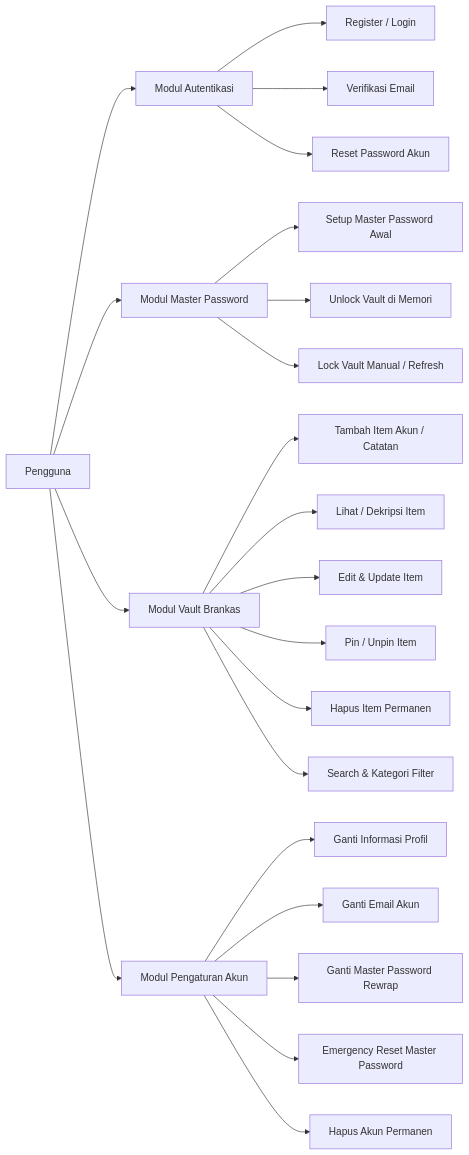
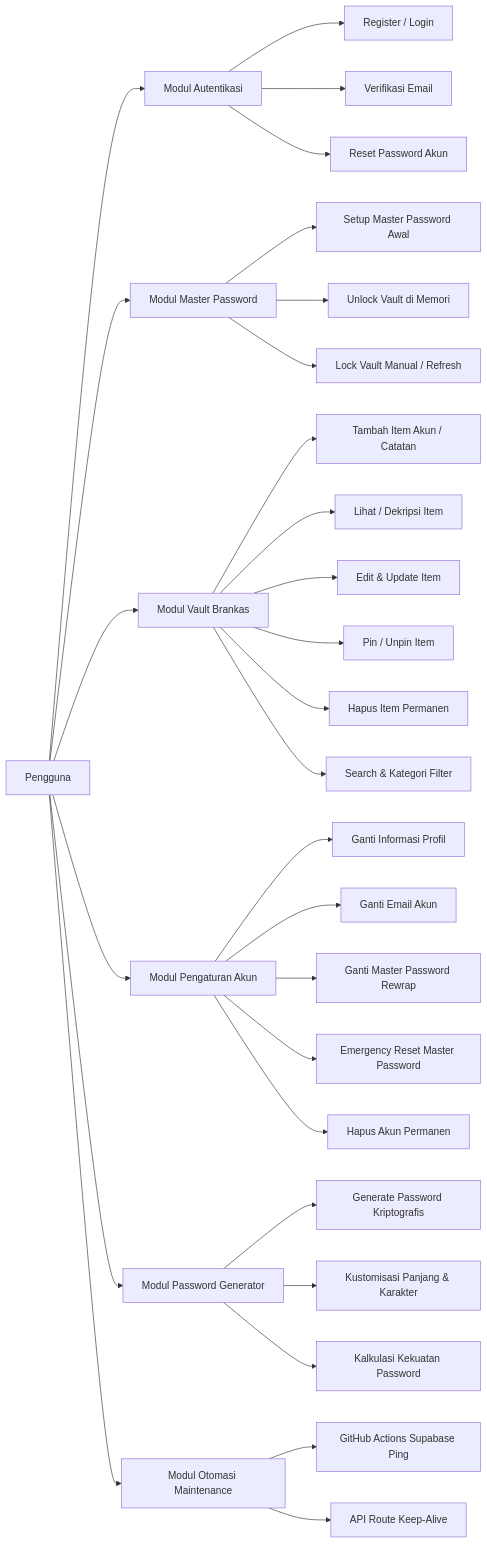
Before and after one commit to san64byte/centinela: the first of 4 diagrams in PRD.md, drawn with Mermaid. The commit also changed other lines of this file and 1 other file, not shown here.

Commit message:
feat: update PRD and README to reflect new features including password generator and keep-alive automation

````diff
--- a/PRD.md
+++ b/PRD.md
@@ -72,28 +72,37 @@
 ```mermaid
 graph LR
     A[Pengguna] --> B[Modul Autentikasi]
     A --> C[Modul Master Password]
     A --> D[Modul Vault Brankas]
     A --> E[Modul Pengaturan Akun]
+    A --> F[Modul Password Generator]
+    A --> G[Modul Otomasi Maintenance]
 
     B --> B1[Register / Login]
     B --> B2[Verifikasi Email]
     B --> B3[Reset Password Akun]
 
     C --> C1[Setup Master Password Awal]
     C --> C2[Unlock Vault di Memori]
     C --> C3[Lock Vault Manual / Refresh]
 
     D --> D1[Tambah Item Akun / Catatan]
     D --> D2[Lihat / Dekripsi Item]
     D --> D3[Edit & Update Item]
     D --> D4[Pin / Unpin Item]
     D --> D5[Hapus Item Permanen]
     D --> D6[Search & Kategori Filter]
 
     E --> E1[Ganti Informasi Profil]
     E --> E2[Ganti Email Akun]
     E --> E3[Ganti Master Password Rewrap]
     E --> E4[Emergency Reset Master Password]
     E --> E5[Hapus Akun Permanen]
+
+    F --> F1[Generate Password Kriptografis]
+    F --> F2[Kustomisasi Panjang & Karakter]
+    F --> F3[Kalkulasi Kekuatan Password]
+
+    G --> G1[GitHub Actions Supabase Ping]
+    G --> G2[API Route Keep-Alive]
 ```
````
